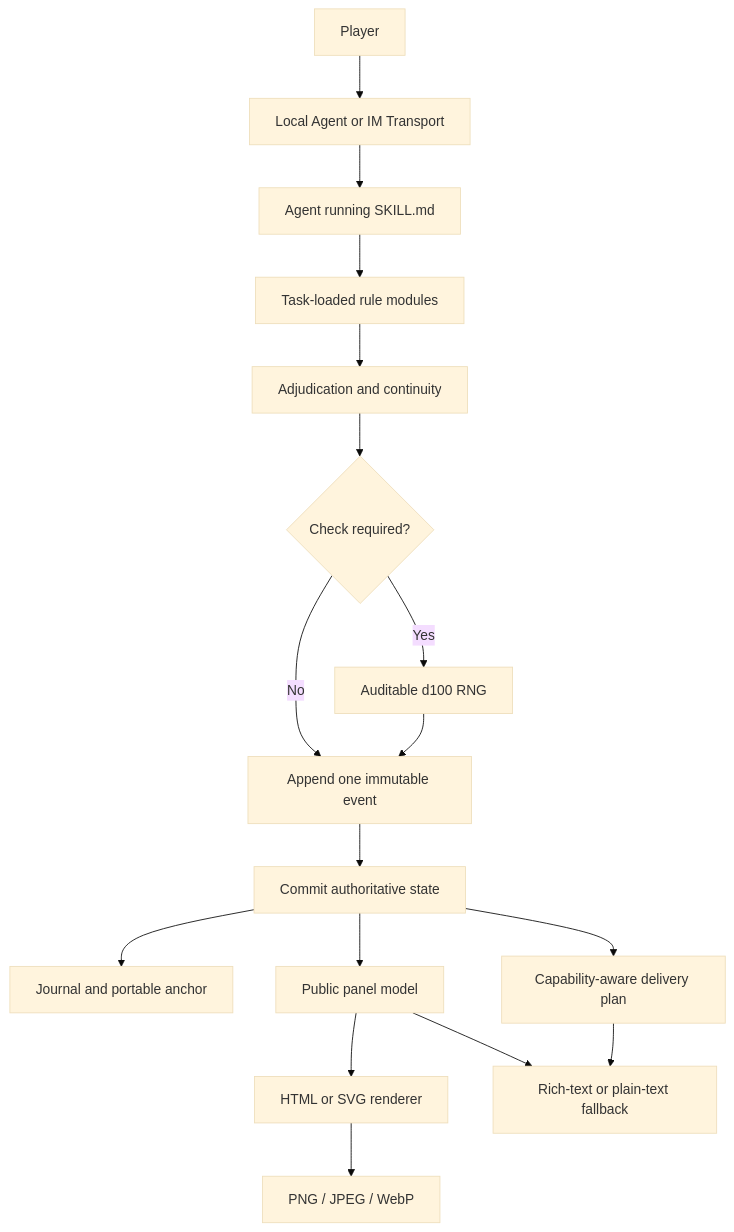
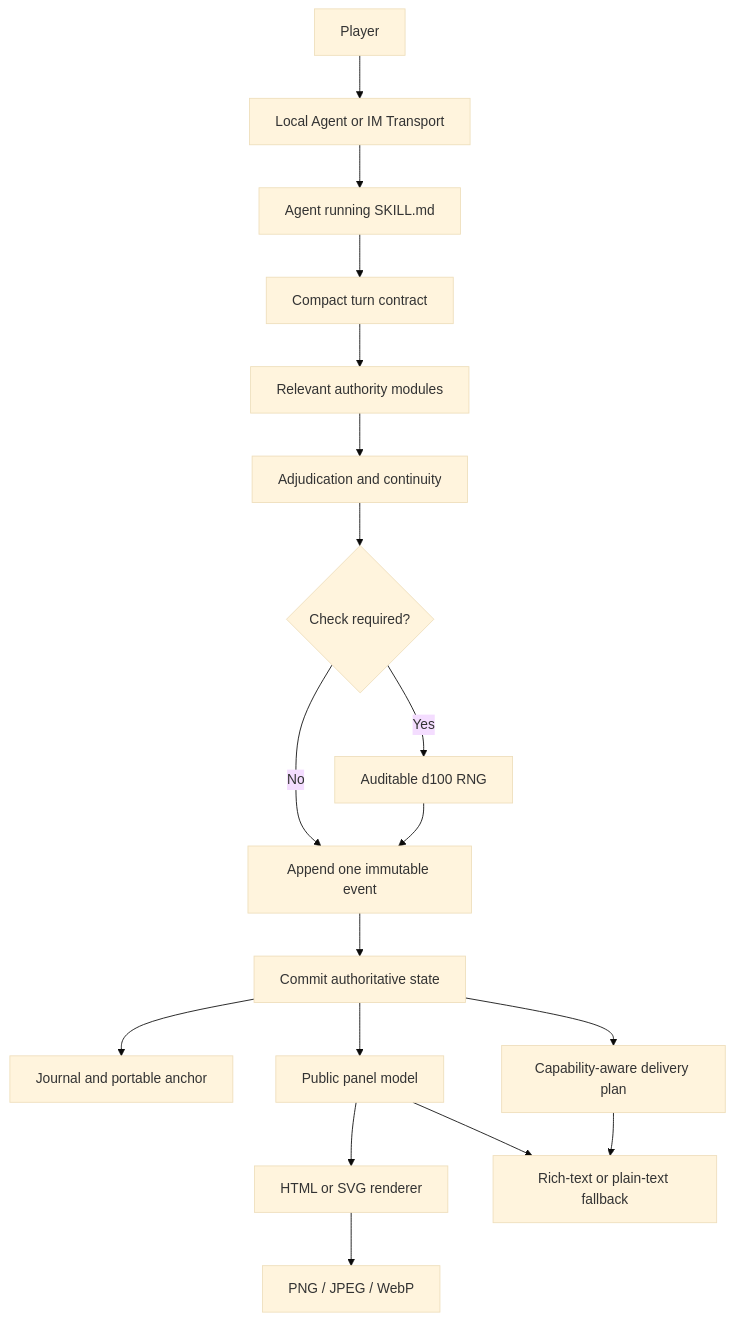
Before and after one commit to zyfayes/lotm-text-game-skill: the diagram in README.md, drawn with Mermaid (base theme). The commit also changed other lines of this file and 11 other files, not shown here.

Commit message:
perf: add digest-bound compact turn runtime

````diff
--- a/README.md
+++ b/README.md
@@ -59,19 +59,20 @@
 ```mermaid
 flowchart TD
     U[Player] --> T[Local Agent or IM Transport]
     T --> A[Agent running SKILL.md]
-    A --> R[Task-loaded rule modules]
+    A --> Q[Compact turn contract]
+    Q --> R[Relevant authority modules]
     R --> C[Adjudication and continuity]
     C --> D{Check required?}
     D -->|Yes| G[Auditable d100 RNG]
     D -->|No| E[Append one immutable event]
     G --> E
     E --> S[Commit authoritative state]
     S --> J[Journal and portable anchor]
     S --> P[Public panel model]
     S --> O[Capability-aware delivery plan]
     P --> H[HTML or SVG renderer]
     H --> I[PNG / JPEG / WebP]
     P --> F[Rich-text or plain-text fallback]
     O --> F
 ```
````
